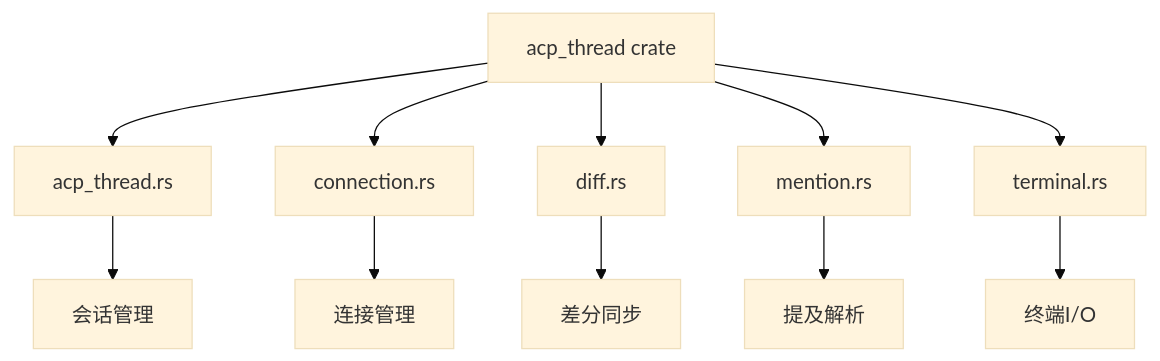
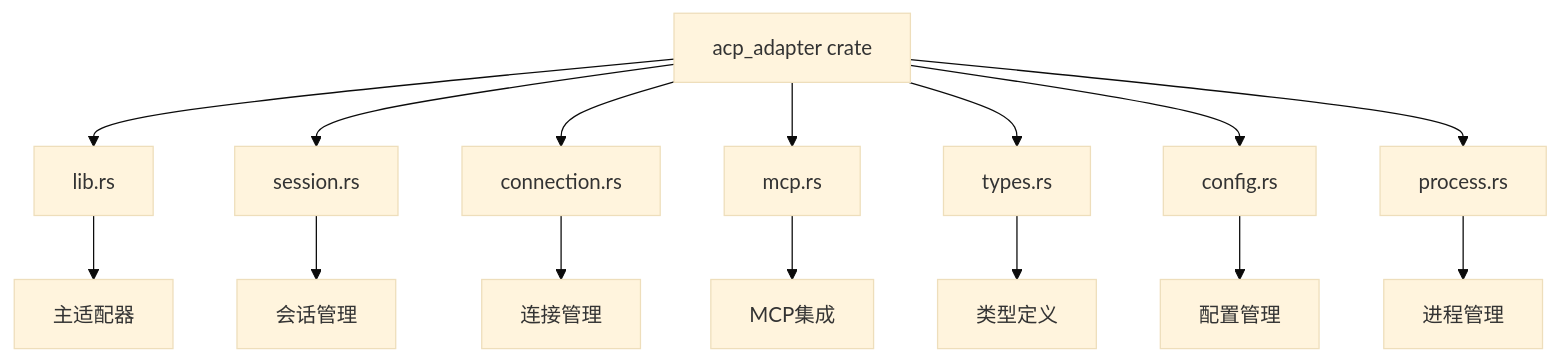
Before and after one commit to nuwax-ai/rcoder: the first of 6 diagrams in .qoder/repowiki/zh/content/ACP协议实现/ACP协议实现.md, drawn with Mermaid (base theme). The commit also changed other lines of this file and 85 other files, not shown here.

First line of the commit message:
refactor(acp_adapter): 重构会话管理及连接模块以替代旧实现

````diff
--- a/.qoder/repowiki/zh/content/ACP协议实现/ACP协议实现.md
+++ b/.qoder/repowiki/zh/content/ACP协议实现/ACP协议实现.md
@@ -29,13 +39,17 @@
 ```mermaid
 graph TD
-A[acp_thread crate] --> B[acp_thread.rs]
-A --> C[connection.rs]
-A --> D[diff.rs]
-A --> E[mention.rs]
-A --> F[terminal.rs]
-B --> G[会话管理]
-C --> H[连接管理]
-D --> I[差分同步]
-E --> J[提及解析]
-F --> K[终端I/O]
+A[acp_adapter crate] --> B[lib.rs]
+A --> C[session.rs]
+A --> D[connection.rs]
+A --> E[mcp.rs]
+A --> F[types.rs]
+A --> G[config.rs]
+A --> H[process.rs]
+B --> I[主适配器]
+C --> J[会话管理]
+D --> K[连接管理]
+E --> L[MCP集成]
+F --> M[类型定义]
+G --> N[配置管理]
+H --> O[进程管理]
 ```
````
